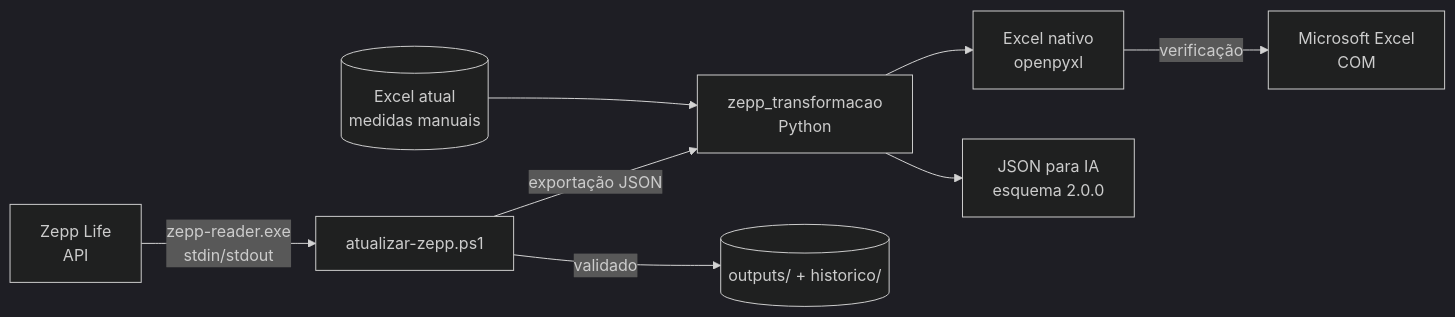
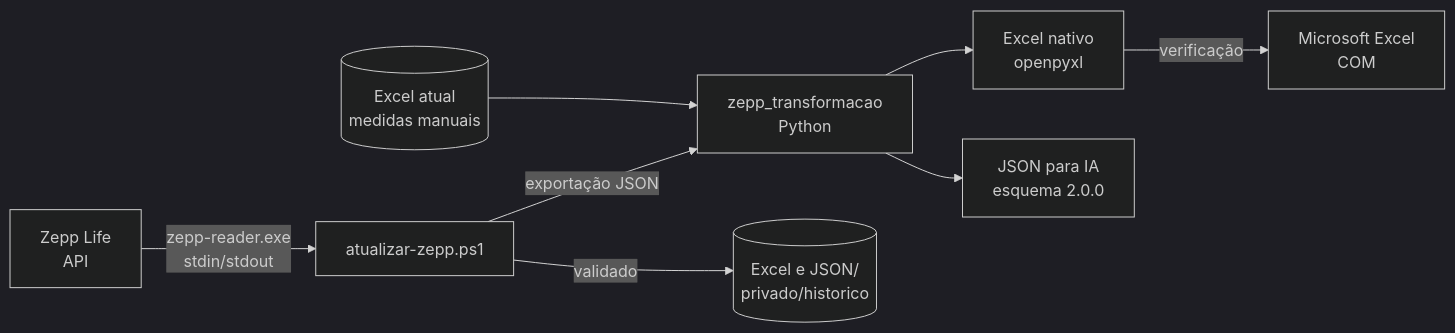
The diagram in README.md (tpereira2005/zepp-life-excel-ia), drawn with Mermaid (dark theme) before and after one commit. The commit also changed other lines of this file and 13 other files, not shown here.

Commit message:
Organização: pastas 'Excel e JSON' e 'privado'; nome zepp-life-excel-ia

````diff
--- a/README.md
+++ b/README.md
@@ -77,10 +77,10 @@
 ```mermaid
 flowchart LR
     A[Zepp Life<br/>API] -->|zepp-reader.exe<br/>stdin/stdout| B[atualizar-zepp.ps1]
     B -->|exportação JSON| C[zepp_transformacao<br/>Python]
     D[(Excel atual<br/>medidas manuais)] --> C
     C --> E[Excel nativo<br/>openpyxl]
     C --> F[JSON para IA<br/>esquema 2.0.0]
     E -->|verificação| G[Microsoft Excel<br/>COM]
-    B -->|validado| H[(outputs/ + historico/)]
+    B -->|validado| H[(Excel e JSON/<br/>privado/historico)]
 ```
````
